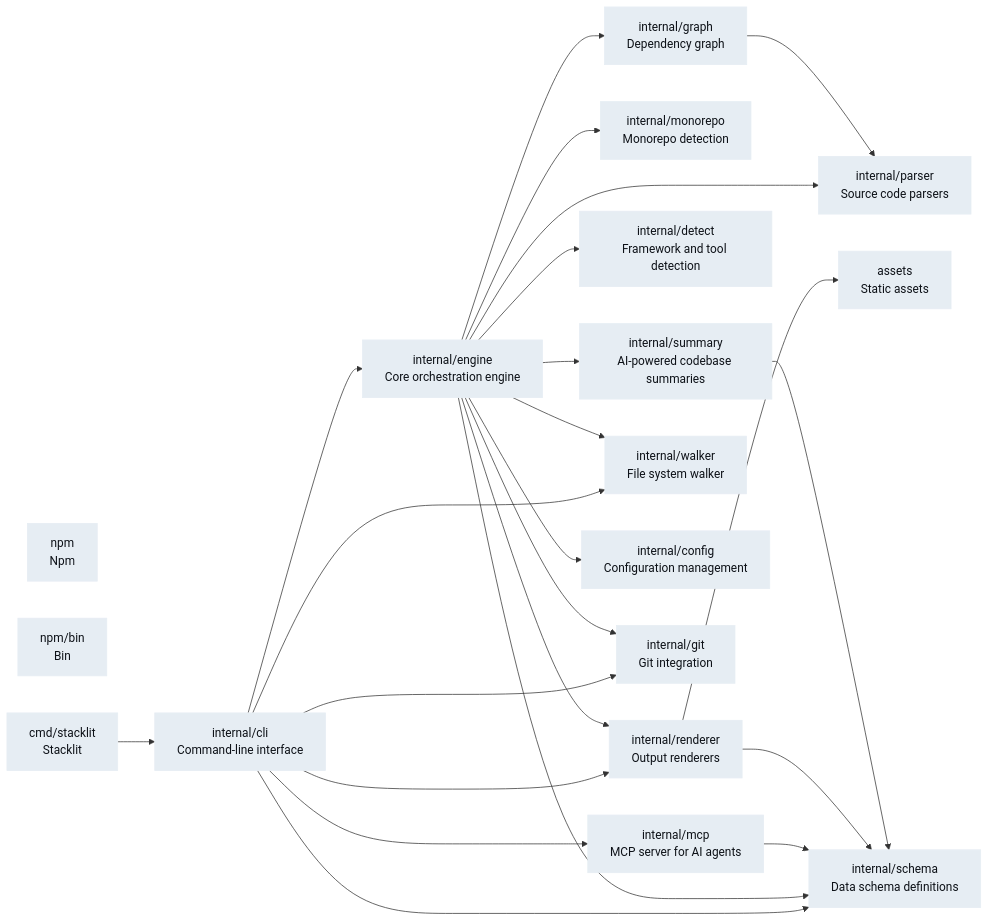
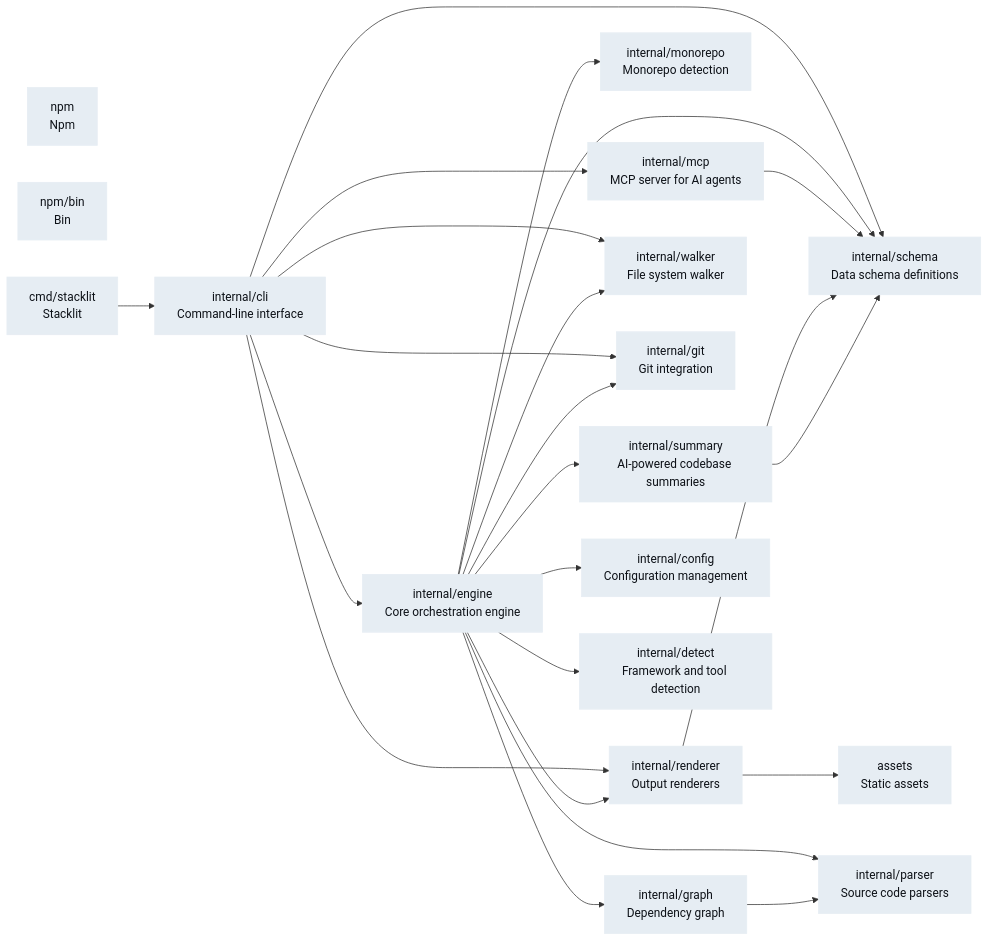
Before and after one commit to atharvasingh7007/stacklit: the diagram in stacklit.mmd, drawn with Mermaid. The commit also changed other lines of this file and 6 other files, not shown here.

First line of the commit message:
fix: clean CLI output paths, high-res demo GIF, README cleanup

```diff
--- a/stacklit.mmd
+++ b/stacklit.mmd
@@ -1,46 +1,46 @@
 graph LR
+  classDef javascript fill:#c9d1d9,color:#0d1117,stroke:#c9d1d9
+  classDef java fill:#8b949e,color:#0d1117,stroke:#8b949e
   classDef typescript fill:#c9d1d9,color:#0d1117,stroke:#c9d1d9
   classDef python fill:#b1bac4,color:#0d1117,stroke:#b1bac4
   classDef rust fill:#a5b3bf,color:#0d1117,stroke:#a5b3bf
   classDef go fill:#e6edf3,color:#0d1117,stroke:#e6edf3
-  classDef javascript fill:#c9d1d9,color:#0d1117,stroke:#c9d1d9
-  classDef java fill:#8b949e,color:#0d1117,stroke:#8b949e
+  internal_engine["internal/engine\nCore orchestration engine"]:::go
   internal_mcp["internal/mcp\nMCP server for AI agents"]:::go
   internal_monorepo["internal/monorepo\nMonorepo detection"]:::go
-  internal_renderer["internal/renderer\nOutput renderers"]:::go
-  npm["npm\nNpm"]:::go
-  npm_bin["npm/bin\nBin"]:::go
-  internal_cli["internal/cli\nCommand-line interface"]:::go
-  internal_detect["internal/detect\nFramework and tool detection"]:::go
-  cmd_stacklit["cmd/stacklit\nStacklit"]:::go
-  internal_schema["internal/schema\nData schema definitions"]:::go
-  assets["assets\nStatic assets"]:::go
-  internal_engine["internal/engine\nCore orchestration engine"]:::go
   internal_parser["internal/parser\nSource code parsers"]:::go
   internal_summary["internal/summary\nAI-powered codebase summaries"]:::go
+  internal_renderer["internal/renderer\nOutput renderers"]:::go
   internal_walker["internal/walker\nFile system walker"]:::go
-  internal_config["internal/config\nConfiguration management"]:::go
+  internal_cli["internal/cli\nCommand-line interface"]:::go
   internal_git["internal/git\nGit integration"]:::go
   internal_graph["internal/graph\nDependency graph"]:::go
+  npm["npm\nNpm"]:::go
+  assets["assets\nStatic assets"]:::go
+  internal_config["internal/config\nConfiguration management"]:::go
+  internal_detect["internal/detect\nFramework and tool detection"]:::go
+  internal_schema["internal/schema\nData schema definitions"]:::go
+  npm_bin["npm/bin\nBin"]:::go
+  cmd_stacklit["cmd/stacklit\nStacklit"]:::go
   cmd_stacklit --> internal_cli
   internal_cli --> internal_engine
   internal_cli --> internal_git
   internal_cli --> internal_mcp
   internal_cli --> internal_renderer
   internal_cli --> internal_schema
   internal_cli --> internal_walker
   internal_engine --> internal_config
   internal_engine --> internal_detect
   internal_engine --> internal_git
   internal_engine --> internal_graph
   internal_engine --> internal_monorepo
   internal_engine --> internal_parser
   internal_engine --> internal_renderer
   internal_engine --> internal_schema
   internal_engine --> internal_summary
   internal_engine --> internal_walker
   internal_graph --> internal_parser
   internal_mcp --> internal_schema
   internal_renderer --> assets
   internal_renderer --> internal_schema
   internal_summary --> internal_schema
```
